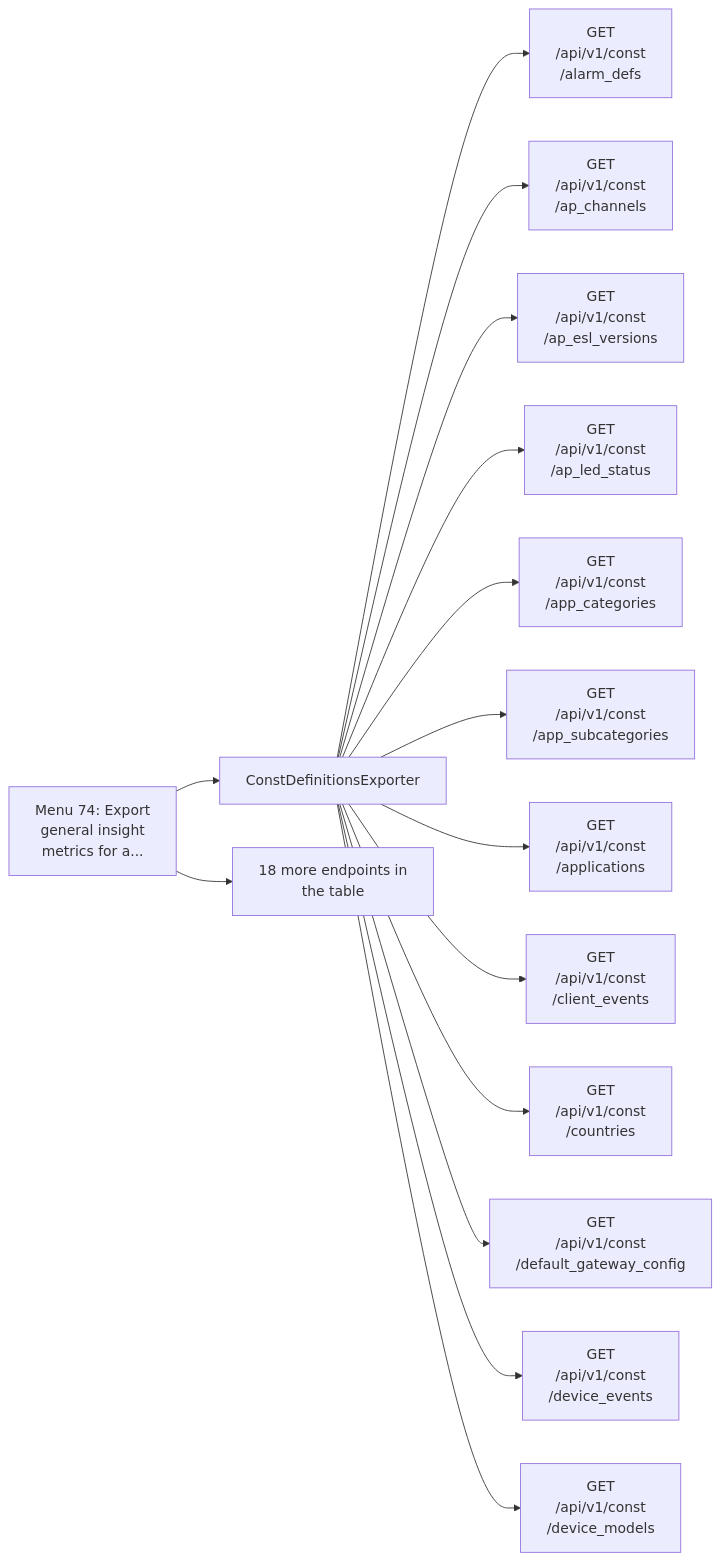
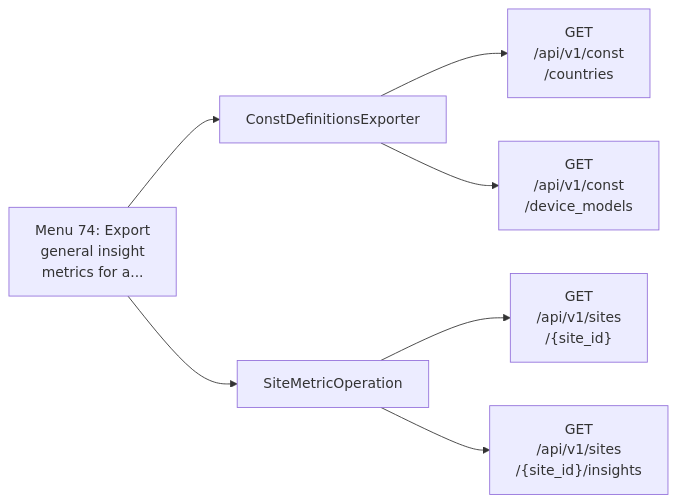
The fourth of 27 diagrams in documentation/menu-api/interactive-safe.md (jmorrison-juniper/MistHelper), drawn with Mermaid before and after one commit. The commit also changed other lines of this file and 8 other files, not shown here.

First line of the commit message:
docs(insights): regenerate the selective insight API references

````diff
--- a/documentation/menu-api/interactive-safe.md
+++ b/documentation/menu-api/interactive-safe.md
@@ -233,18 +233,10 @@
 ```mermaid
 flowchart LR
     menu["Menu 74: Export<br/>general insight<br/>metrics for a..."]
     menu --> c1["ConstDefinitionsExporter"]
-    c1 --> e1["GET<br/>/api/v1/const<br/>/alarm_defs"]
-    c1 --> e2["GET<br/>/api/v1/const<br/>/ap_channels"]
-    c1 --> e3["GET<br/>/api/v1/const<br/>/ap_esl_versions"]
-    c1 --> e4["GET<br/>/api/v1/const<br/>/ap_led_status"]
-    c1 --> e5["GET<br/>/api/v1/const<br/>/app_categories"]
-    c1 --> e6["GET<br/>/api/v1/const<br/>/app_subcategories"]
-    c1 --> e7["GET<br/>/api/v1/const<br/>/applications"]
-    c1 --> e8["GET<br/>/api/v1/const<br/>/client_events"]
-    c1 --> e9["GET<br/>/api/v1/const<br/>/countries"]
-    c1 --> e10["GET<br/>/api/v1/const<br/>/default_gateway_config"]
-    c1 --> e11["GET<br/>/api/v1/const<br/>/device_events"]
-    c1 --> e12["GET<br/>/api/v1/const<br/>/device_models"]
-    menu --> more["18 more endpoints in<br/>the table"]
+    c1 --> e1["GET<br/>/api/v1/const<br/>/countries"]
+    c1 --> e2["GET<br/>/api/v1/const<br/>/device_models"]
+    menu --> c2["SiteMetricOperation"]
+    c2 --> e3["GET<br/>/api/v1/sites<br/>/{site_id}"]
+    c2 --> e4["GET<br/>/api/v1/sites<br/>/{site_id}/insights"]
 ```
````
